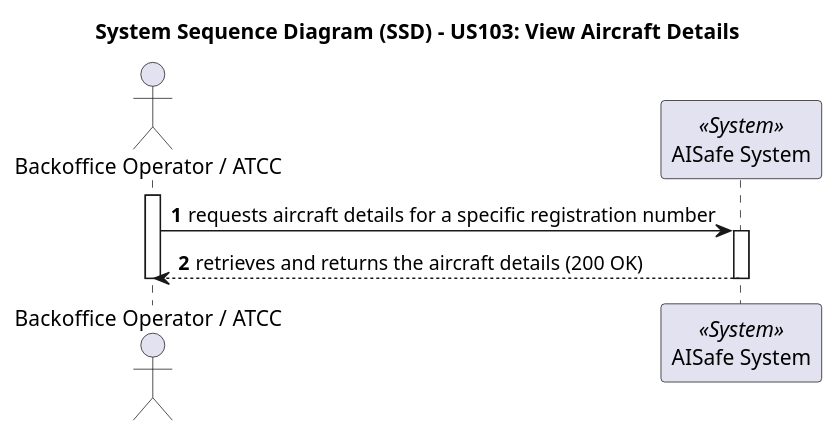
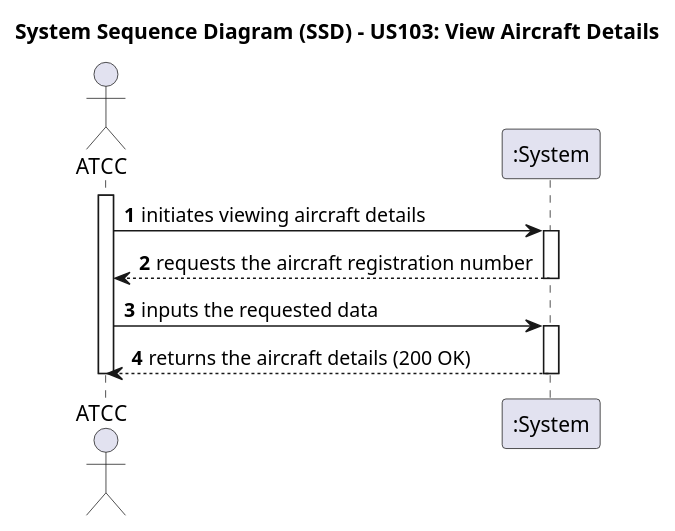
The diagram in docs/use-cases/WP#1A/US103/puml/US103-SSD.puml (Andre-1240567/psoft2026_2DB_1240567_1241013_1240624), drawn with PlantUML before and after one commit. The commit also changed 21 other files, not shown here.

```diff
--- a/docs/use-cases/WP#1A/US103/puml/US103-SSD.puml
+++ b/docs/use-cases/WP#1A/US103/puml/US103-SSD.puml
@@ -1,17 +1,19 @@
-@startuml SSD_US103
+@startuml US103-SSD
 autonumber
 title System Sequence Diagram (SSD) - US103: View Aircraft Details
 
-actor "Backoffice Operator / ATCC" as Actor
-participant "AISafe System" as System <<System>>
+actor "ATCC" as Actor
+participant ":System" as System
 
 activate Actor
-
-Actor -> System: requests aircraft details for a specific registration number
+Actor -> System: initiates viewing aircraft details
 activate System
-
-System --> Actor: retrieves and returns the aircraft details (200 OK)
+System --> Actor: requests the aircraft registration number
 deactivate System
 
+Actor -> System: inputs the requested data
+activate System
+System --> Actor: returns the aircraft details (200 OK)
+deactivate System
 deactivate Actor
 @enduml
```
